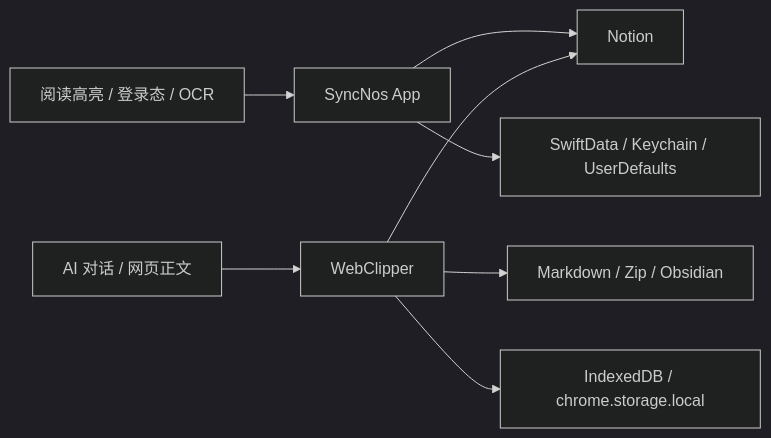
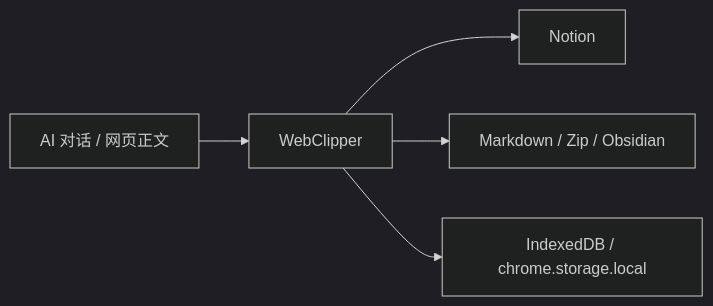
The diagram in .github/deepwiki/overview.md (chiimagnus/SyncNos), drawn with Mermaid (dark theme) before and after one commit. The commit also changed other lines of this file and 13 other files, not shown here.

````diff
--- a/.github/deepwiki/overview.md
+++ b/.github/deepwiki/overview.md
@@ -69,10 +61,7 @@
 ```mermaid
 flowchart LR
-  A[阅读高亮 / 登录态 / OCR] --> B[SyncNos App]
   C[AI 对话 / 网页正文] --> D[WebClipper]
-  B --> E[Notion]
-  D --> E
+  D --> E[Notion]
   D --> F[Markdown / Zip / Obsidian]
-  B --> G[SwiftData / Keychain / UserDefaults]
   D --> H[IndexedDB / chrome.storage.local]
 ```
````
